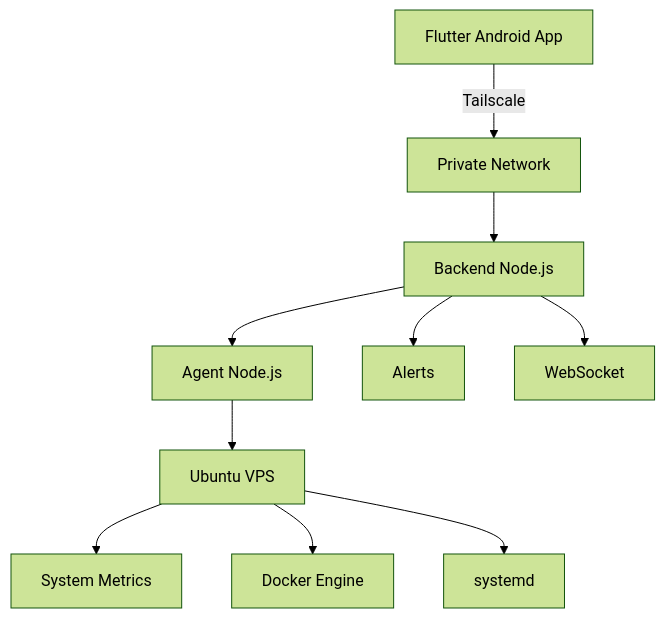
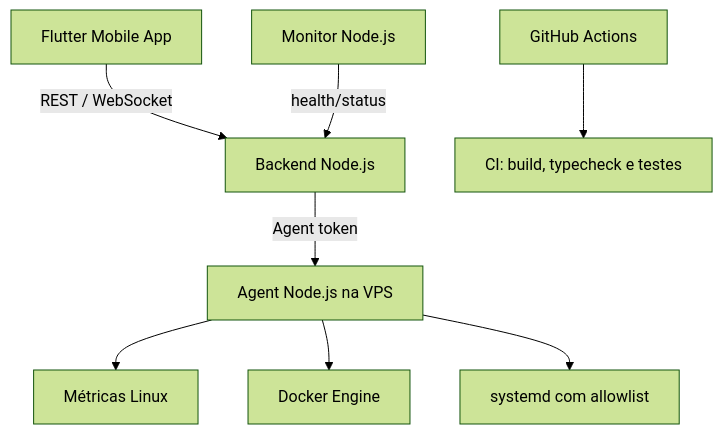
One commit to CostaPaiiva/Portfolio-showcase changed the diagram in VPS-Controller/README.md. Above: the diagram before and after it, drawn with Mermaid (forest theme). The commit also changed other lines of this file, not shown here.

````diff
--- a/VPS-Controller/README.md
+++ b/VPS-Controller/README.md
@@ -17,12 +31,10 @@
 ```mermaid
 flowchart TD
-    A[Flutter Android App] -->|Tailscale| B[Private Network]
-    B --> C[Backend Node.js]
-    C --> D[Agent Node.js]
-    D --> E[Ubuntu VPS]
-    E --> F[System Metrics]
-    E --> G[Docker Engine]
-    E --> H[systemd]
-    C --> I[Alerts]
-    C --> J[WebSocket]
+    A[Flutter Mobile App] -->|REST / WebSocket| B[Backend Node.js]
+    B -->|Agent token| C[Agent Node.js na VPS]
+    C --> D[Métricas Linux]
+    C --> E[Docker Engine]
+    C --> F[systemd com allowlist]
+    G[Monitor Node.js] -->|health/status| B
+    H[GitHub Actions] --> I[CI: build, typecheck e testes]
 ```
````
